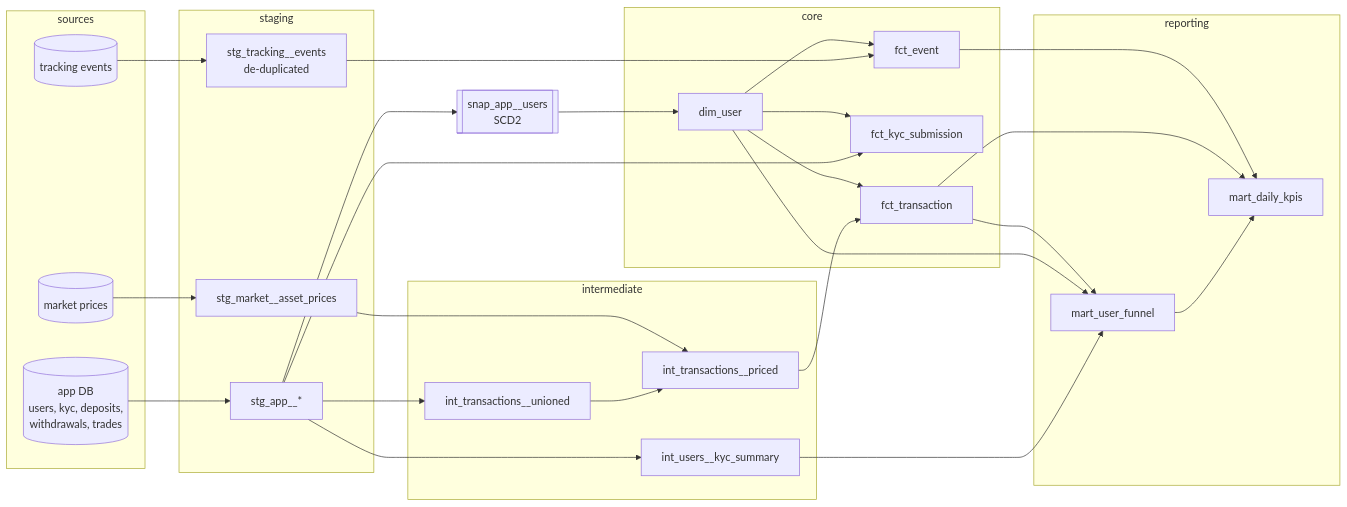
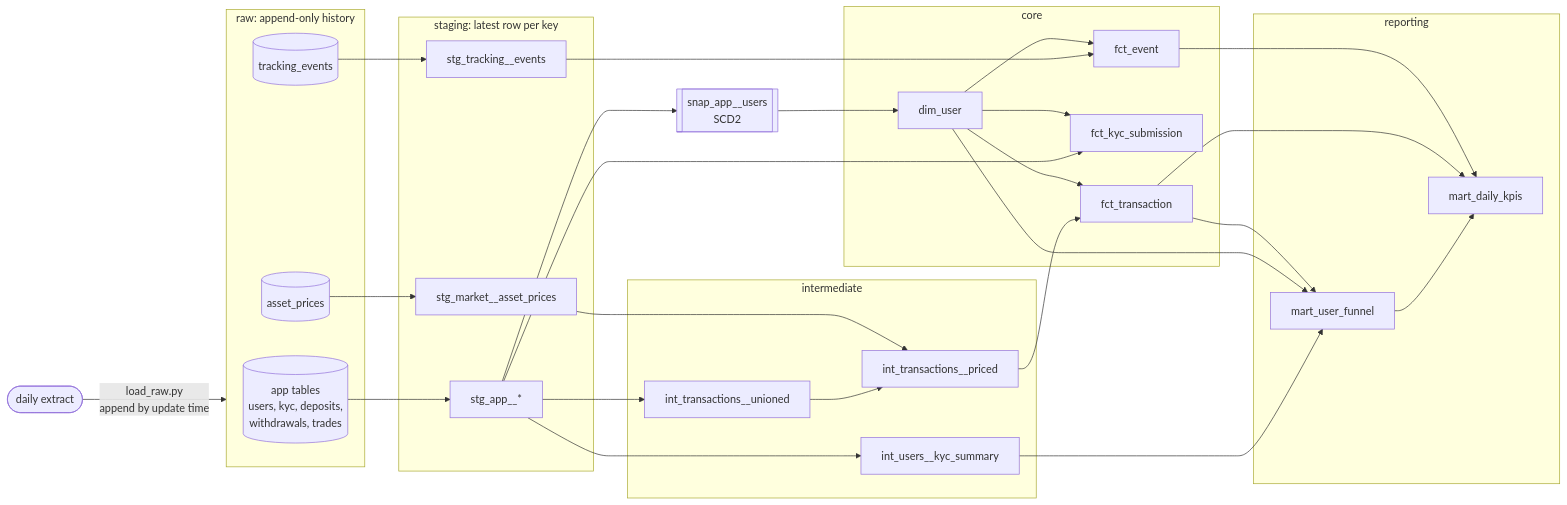
Before and after one commit to faishalnuruz/exchange-analytics-dbt: the second of 2 diagrams in README.md, drawn with Mermaid. The commit also changed other lines of this file and 14 other files, not shown here.

First line of the commit message:
feat: append-only raw layer, staging keeps the latest row per key

````diff
--- a/README.md
+++ b/README.md
@@ -102,39 +106,40 @@
 ```mermaid
 flowchart LR
-    subgraph sources
-        A[(app DB<br/>users, kyc, deposits,<br/>withdrawals, trades)]
-        M[(market prices)]
-        T[(tracking events)]
+    subgraph raw [raw: append-only history]
+        A[(app tables<br/>users, kyc, deposits,<br/>withdrawals, trades)]
+        M[(asset_prices)]
+        T[(tracking_events)]
     end
-    subgraph staging
+    subgraph staging [staging: latest row per key]
         S1[stg_app__*]
         S2[stg_market__asset_prices]
-        S3[stg_tracking__events<br/>de-duplicated]
+        S3[stg_tracking__events]
     end
+    X([daily extract]) -->|load_raw.py<br/>append by update time| raw
     SN[[snap_app__users<br/>SCD2]]
     subgraph intermediate
         I1[int_transactions__unioned]
         I2[int_transactions__priced]
         I3[int_users__kyc_summary]
     end
     subgraph core
         DU[dim_user]
         FT[fct_transaction]
         FK[fct_kyc_submission]
         FE[fct_event]
     end
     subgraph reporting
         R1[mart_user_funnel]
         R2[mart_daily_kpis]
     end
     A --> S1 --> SN --> DU
     S1 --> I1 --> I2 --> FT
     S1 --> I3 --> R1
     M --> S2 --> I2
     T --> S3 --> FE
     S1 --> FK
     DU --> FT & FK & FE & R1
     FT --> R1 --> R2
     FT --> R2
     FE --> R2
 ```
````
